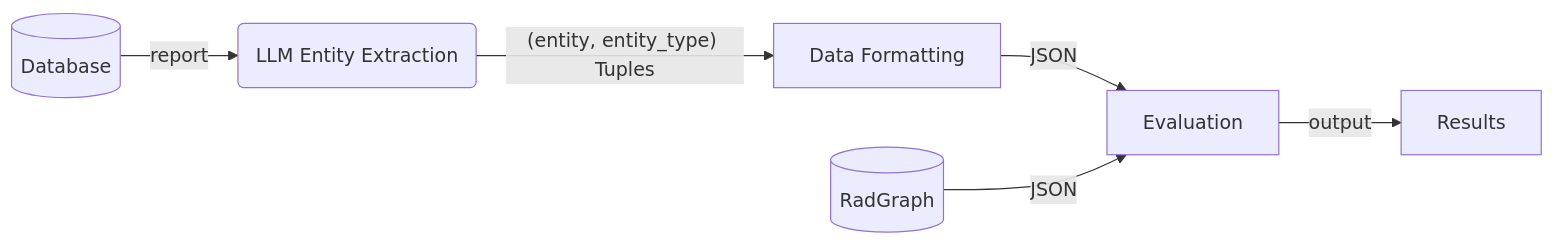
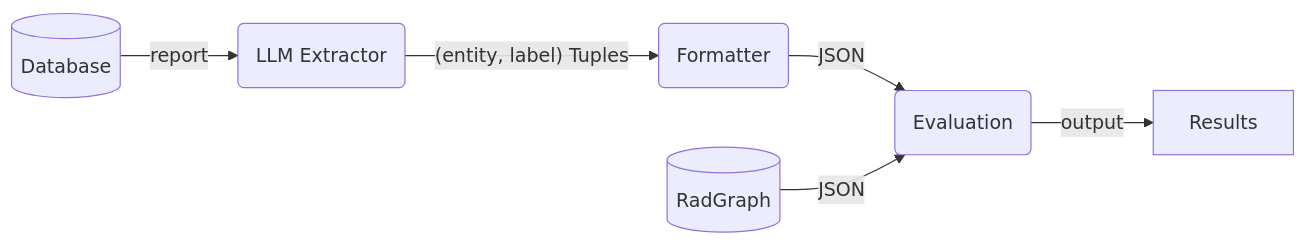
The diagram in src/medkgc/ie/pipeline/ner/README.md (MouYongli/MedKGC), drawn with Mermaid before and after one commit.

````diff
--- a/src/medkgc/ie/pipeline/ner/README.md
+++ b/src/medkgc/ie/pipeline/ner/README.md
@@ -43,8 +43,8 @@
 ```mermaid
 flowchart LR
-    DB[(Database)] -->|report| B(LLM Entity Extraction)
-    B --> |"(entity, entity_type) Tuples"| D[Data Formatting]
-    D --> |JSON| F[Evaluation]
+    DB[(Database)] -->|report| B(LLM Extractor)
+    B --> |"(entity, label) Tuples"| D(Formatter)
+    D --> |JSON| F(Evaluation)
     DB2[(RadGraph)] --> |JSON| F
     F -->|output| G[Results]
 ```
````
